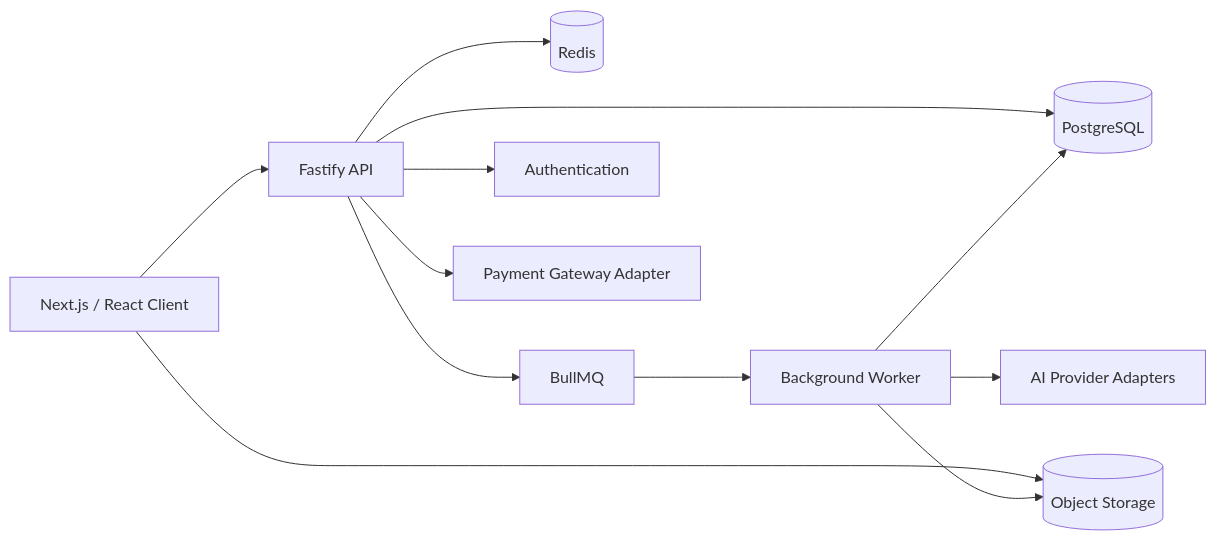
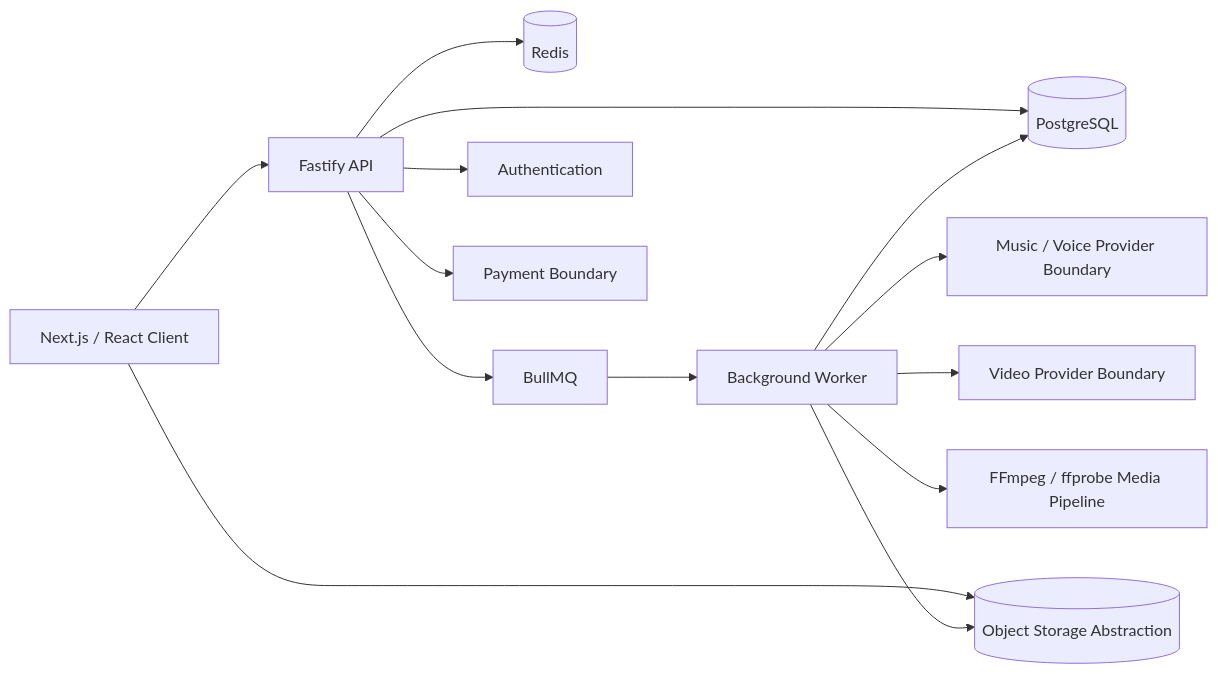
One commit to Demon5611/AI-Music-Showcase changed the diagram in README.md. Above: the diagram before and after it, drawn with Mermaid. The commit also changed other lines of this file and 12 other files, not shown here.

First line of the commit message:
feat: refresh showcase with Share Video architecture

````diff
--- a/README.md
+++ b/README.md
@@ -54,31 +85,34 @@
 ```mermaid
 flowchart LR
     Client[Next.js / React Client]
-
     API[Fastify API]
 
     DB[(PostgreSQL)]
     Redis[(Redis)]
     Queue[BullMQ]
     Worker[Background Worker]
 
-    AI[AI Provider Adapters]
-    Storage[(Object Storage)]
+    Music[Music / Voice Provider Boundary]
+    Video[Video Provider Boundary]
+    Composer[FFmpeg / ffprobe Media Pipeline]
+    Storage[(Object Storage Abstraction)]
     Auth[Authentication]
-    Payment[Payment Gateway Adapter]
+    Payment[Payment Boundary]
 
     Client --> API
     Client --> Storage
 
     API --> Auth
     API --> DB
     API --> Redis
     API --> Queue
     API --> Payment
 
     Queue --> Worker
 
-    Worker --> AI
+    Worker --> Music
+    Worker --> Video
+    Worker --> Composer
     Worker --> DB
     Worker --> Storage
 ```
````
